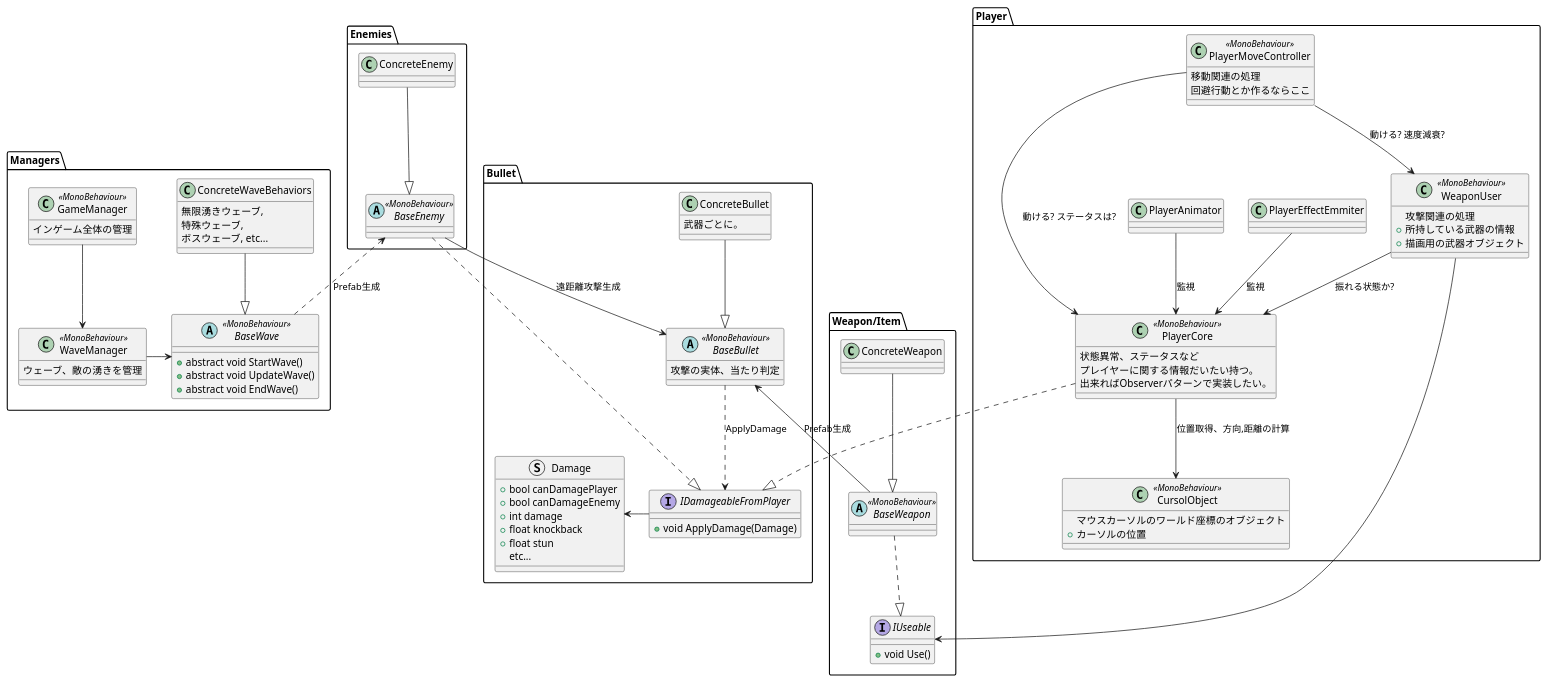
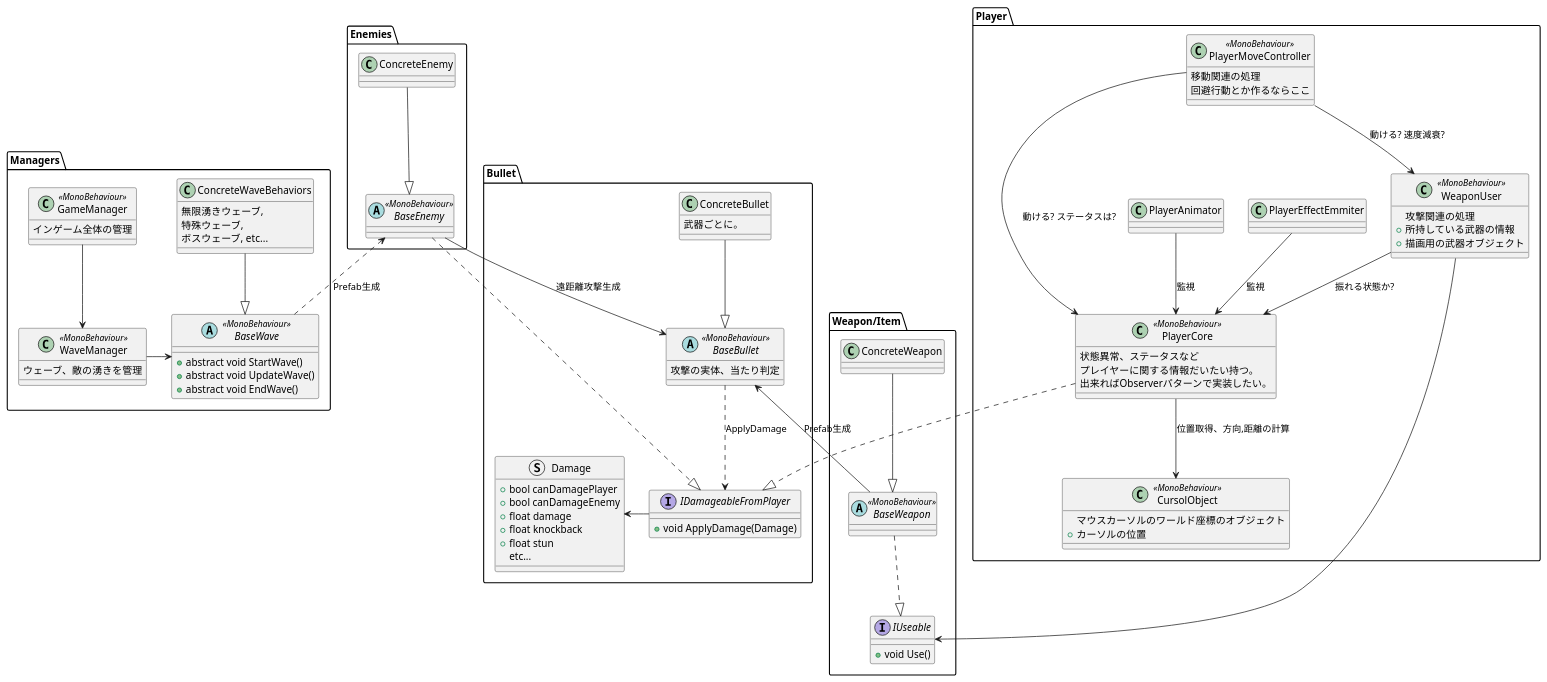
The diagram in Assets/Okuyama/class.pu (Okuyama-CGP/team_2024_b), drawn with PlantUML before and after one commit. The commit also changed 7 other files, not shown here.

```diff
--- a/Assets/Okuyama/class.pu
+++ b/Assets/Okuyama/class.pu
@@ -1,122 +1,122 @@
 namespace Managers{
     class GameManager<<MonoBehaviour>>{
         インゲーム全体の管理
     }
     GameManager --> WaveManager
 
     class WaveManager<<MonoBehaviour>>{
         ウェーブ、敵の湧きを管理
     }
     WaveManager --r> BaseWave
 
     abstract class BaseWave<<MonoBehaviour>>{
         + abstract void StartWave()
         + abstract void UpdateWave()
         + abstract void EndWave()
     }
     
     class ConcreteWaveBehaviors{
         無限湧きウェーブ,
         特殊ウェーブ,
         ボスウェーブ, etc...
     }
     ConcreteWaveBehaviors --d|> BaseWave
 
 }
 
 namespace Player{
     class PlayerCore<<MonoBehaviour>>{
         状態異常、ステータスなど
         プレイヤーに関する情報だいたい持つ。
         出来ればObserverパターンで実装したい。
     }
 
     class WeaponUser<<MonoBehaviour>>{
         攻撃関連の処理
         + 所持している武器の情報
         + 描画用の武器オブジェクト
     }
     WeaponUser --> PlayerCore : 振れる状態か?
 
 
     class PlayerMoveController<<MonoBehaviour>>{
         移動関連の処理
         回避行動とか作るならここ
     }
     PlayerMoveController --> PlayerCore : 動ける? ステータスは?
     PlayerMoveController --> WeaponUser : 動ける? 速度減衰?
 
     class CursolObject<<MonoBehaviour>>{
         マウスカーソルのワールド座標のオブジェクト
         + カーソルの位置
     }
 
     PlayerCore --> CursolObject : 位置取得、方向,距離の計算
 
     
     PlayerEffectEmmiter --> PlayerCore : 監視
     PlayerAnimator --> PlayerCore : 監視
 
 
 }
 
 namespace Weapon/Item{
     interface IUseable{
         + void Use()
     }
     WeaponUser --> IUseable
 
     abstract BaseWeapon<<MonoBehaviour>>
     BaseWeapon ..|> IUseable
 
     class ConcreteWeapon
     ConcreteWeapon --|> BaseWeapon
 
 }
 
 namespace Bullet{
     abstract BaseBullet<<MonoBehaviour>>{
         攻撃の実体、当たり判定
     }
     BaseBullet ..> IDamageableFromPlayer : ApplyDamage
     BaseBullet <-- BaseWeapon : Prefab生成
 
     class ConcreteBullet{
         武器ごとに。
     }
     ConcreteBullet --|> BaseBullet
 
     interface IDamageableFromPlayer{
         + void ApplyDamage(Damage)
     }
 
 
     struct Damage{
         + bool canDamagePlayer
         + bool canDamageEnemy
-        + int damage
+        + float damage
         + float knockback
         + float stun
         etc...
     }
     IDamageableFromPlayer --l> Damage
     PlayerCore ..|> IDamageableFromPlayer
 }
 
 
 namespace Enemies{
     abstract class BaseEnemy<<MonoBehaviour>>
     BaseEnemy ..|> IDamageableFromPlayer
     BaseEnemy <.. BaseWave : Prefab生成
     BaseEnemy --> BaseBullet : 遠距離攻撃生成
 
     ConcreteEnemy --d|> BaseEnemy
 
 }
 
 /'namespace MapObject{
     abstract BaseBreakableObj<<MonoBehaviour>>{
         破壊可能オブジェクトの類
     }
     BaseBreakableObj ..|> IDamageableFromPlayer
 }'/
```
